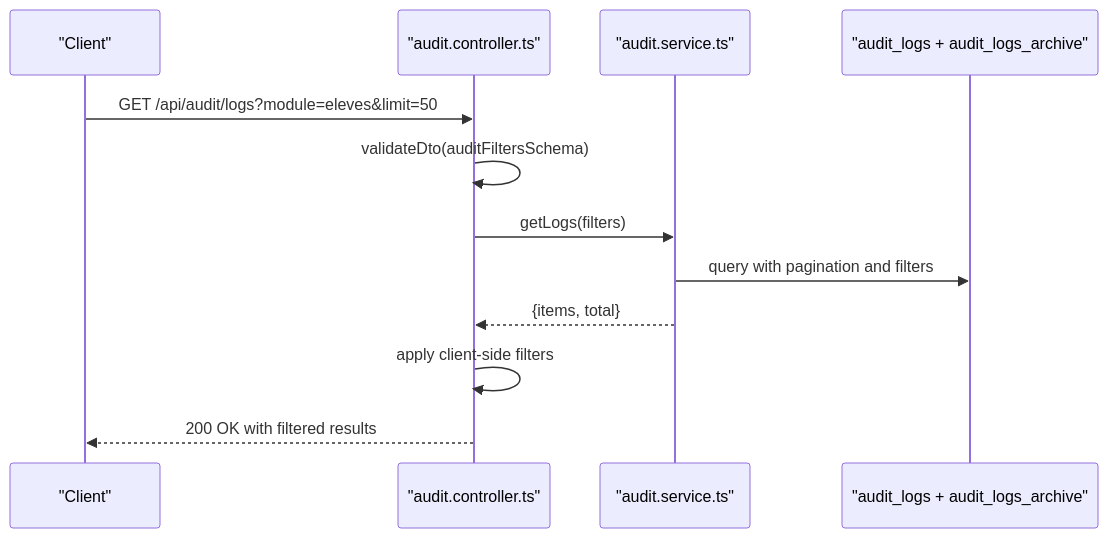
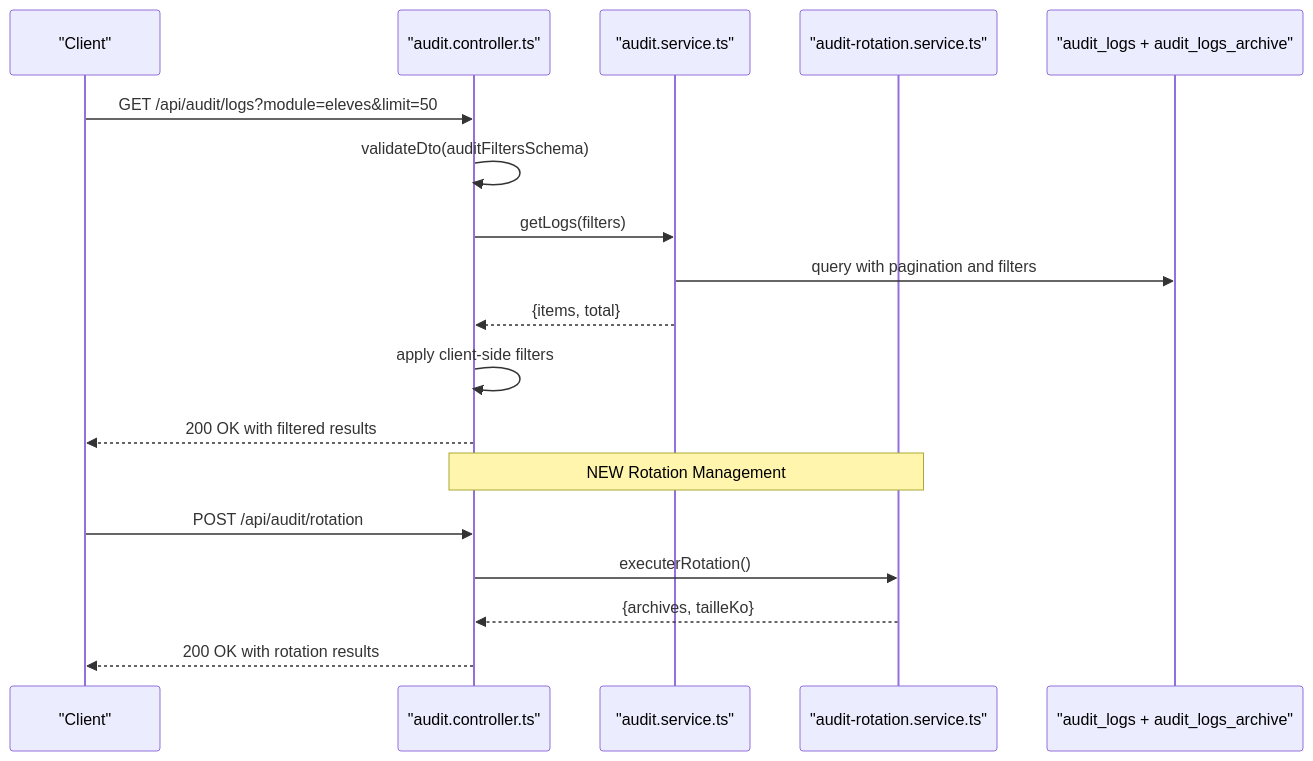
The fifth of 13 diagrams in .qoder/repowiki/en/content/Authentication & Authorization/Audit Logging & Monitoring.md (franckylab/eLISAschool), drawn with Mermaid before and after one commit. The commit also changed other lines of this file and 174 other files, not shown here.

````diff
--- a/.qoder/repowiki/en/content/Authentication & Authorization/Audit Logging & Monitoring.md
+++ b/.qoder/repowiki/en/content/Authentication & Authorization/Audit Logging & Monitoring.md
@@ -430,14 +462,20 @@
 ```mermaid
 sequenceDiagram
 participant Client as "Client"
 participant AuditCtrl as "audit.controller.ts"
 participant AuditSvc as "audit.service.ts"
+participant AuditRot as "audit-rotation.service.ts"
 participant DB as "audit_logs + audit_logs_archive"
 Client->>AuditCtrl : GET /api/audit/logs?module=eleves&limit=50
 AuditCtrl->>AuditCtrl : validateDto(auditFiltersSchema)
 AuditCtrl->>AuditSvc : getLogs(filters)
 AuditSvc->>DB : query with pagination and filters
 AuditSvc-->>AuditCtrl : {items, total}
 AuditCtrl->>AuditCtrl : apply client-side filters
 AuditCtrl-->>Client : 200 OK with filtered results
+Note over AuditCtrl,AuditRot : NEW Rotation Management
+Client->>AuditCtrl : POST /api/audit/rotation
+AuditCtrl->>AuditRot : executerRotation()
+AuditRot-->>AuditCtrl : {archives, tailleKo}
+AuditCtrl-->>Client : 200 OK with rotation results
 ```
````
